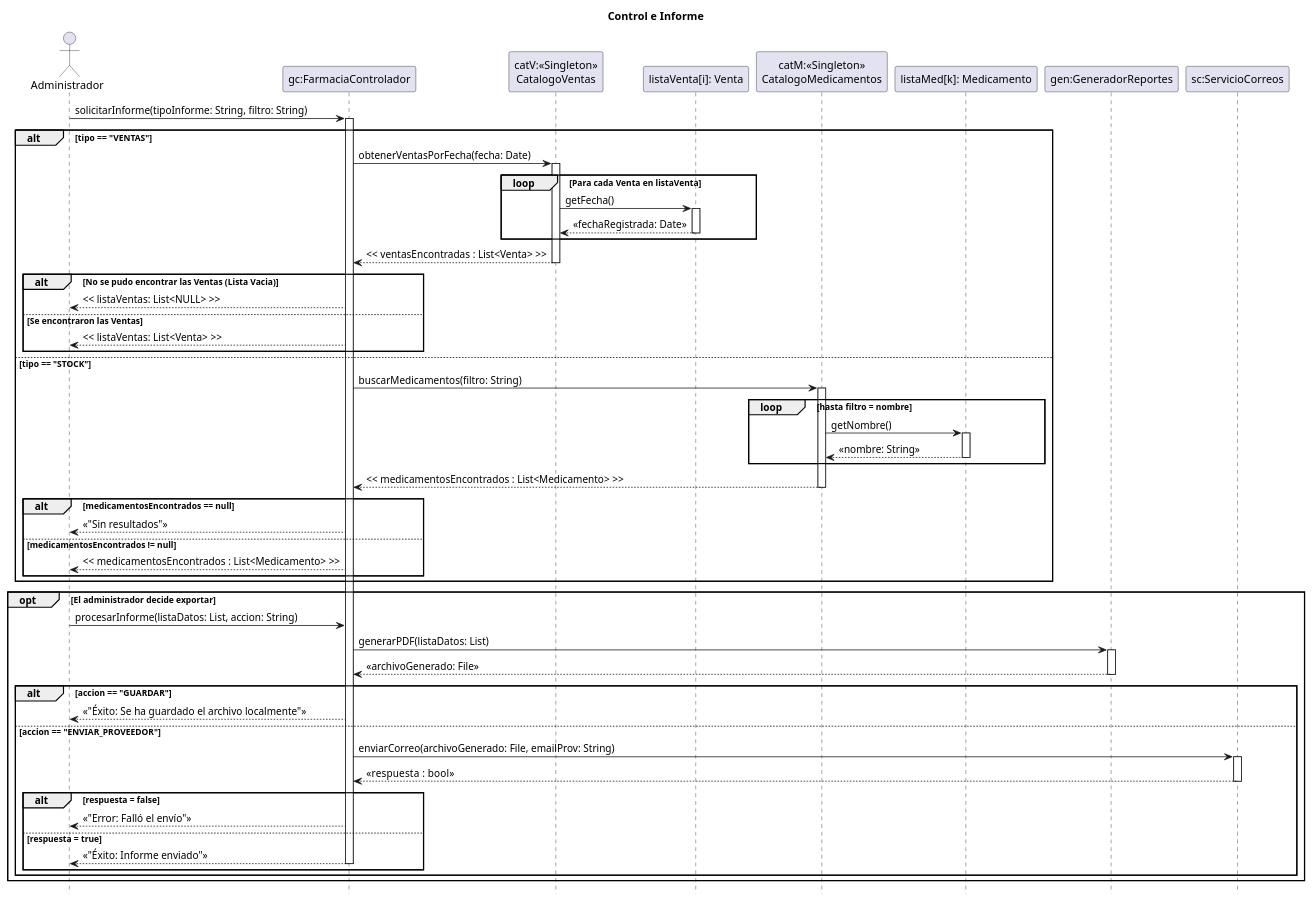
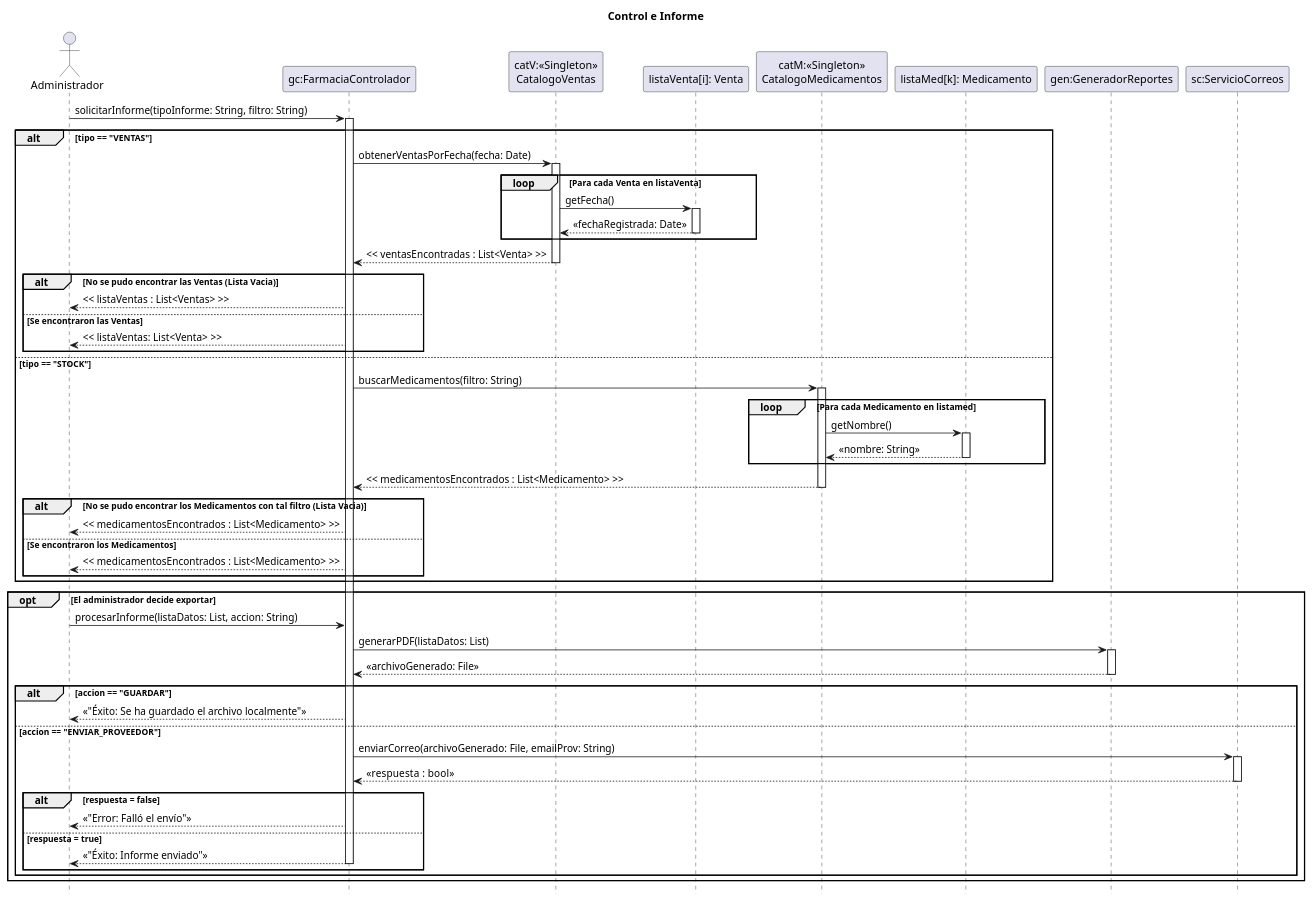
One commit to zEzequR/PF-I changed the diagram in 08 - Diagramas de Secuencia de Diseño/Control e Informe/ControlEinforme.puml. Above: the diagram before and after it, drawn with PlantUML. The commit also changed 1 other file, not shown here.

Commit message:
Diagrama de secuencia- Control e informe

```diff
--- a/08 - Diagramas de Secuencia de Diseño/Control e Informe/ControlEinforme.puml
+++ b/08 - Diagramas de Secuencia de Diseño/Control e Informe/ControlEinforme.puml
@@ -1,84 +1,84 @@
 @startuml
 title Control e Informe
 
 hide footbox
 
 actor "Administrador" as admin
 participant "gc:FarmaciaControlador" as ctrl
 participant "catV:<<Singleton>>\nCatalogoVentas" as cat_ventas
 participant "listaVenta[i]: Venta" as venta 
 participant "catM:<<Singleton>>\nCatalogoMedicamentos" as cat_med
 participant "listaMed[k]: Medicamento" as med
 participant "gen:GeneradorReportes" as gen
 participant "sc:ServicioCorreos" as srv_mail
 
 admin -> ctrl : solicitarInforme(tipoInforme: String, filtro: String)
 activate ctrl
 
 alt tipo == "VENTAS"
     ctrl -> cat_ventas : obtenerVentasPorFecha(fecha: Date)
     activate cat_ventas
     
     loop Para cada Venta en listaVenta
         cat_ventas -> venta : getFecha()
         activate venta
         venta --> cat_ventas : << fechaRegistrada: Date >>
         deactivate venta
     end
     cat_ventas --> ctrl : << ventasEncontradas : List<Venta> >>
     deactivate cat_ventas
     alt No se pudo encontrar las Ventas (Lista Vacia)
-        ctrl --> admin : << listaVentas: List<NULL> >>
+        ctrl --> admin : << listaVentas : List<Ventas> >>
     else Se encontraron las Ventas
         ctrl --> admin : << listaVentas: List<Venta> >>
     end
 
 else tipo == "STOCK"
     ctrl -> cat_med : buscarMedicamentos(filtro: String)
     activate cat_med
     
-    loop hasta filtro = nombre
+    loop Para cada Medicamento en listamed
         cat_med -> med : getNombre()
         activate med
         med --> cat_med : << nombre: String >>
         deactivate med
     end
 
     cat_med --> ctrl : << medicamentosEncontrados : List<Medicamento> >>
     deactivate cat_med
 
-    alt medicamentosEncontrados == null
-        ctrl --> admin : << "Sin resultados" >>
-    else medicamentosEncontrados != null
+    alt No se pudo encontrar los Medicamentos con tal filtro (Lista Vacia)
+        ctrl --> admin : << medicamentosEncontrados : List<Medicamento> >>
+    else Se encontraron los Medicamentos
         ctrl --> admin : << medicamentosEncontrados : List<Medicamento> >>
     end
 end
 
 opt El administrador decide exportar
     admin -> ctrl : procesarInforme(listaDatos: List, accion: String)
 
     ctrl -> gen : generarPDF(listaDatos: List)
     activate gen
     gen --> ctrl : << archivoGenerado: File >>
     deactivate gen
 
     alt accion == "GUARDAR"
         ctrl --> admin : << "Éxito: Se ha guardado el archivo localmente">>
         
     else accion == "ENVIAR_PROVEEDOR"
         ctrl -> srv_mail : enviarCorreo(archivoGenerado: File, emailProv: String)
         activate srv_mail
         srv_mail --> ctrl : << respuesta :  bool >>
         deactivate srv_mail
         
         alt respuesta = false
             ctrl --> admin : << "Error: Falló el envío" >>
         else respuesta = true
             ctrl --> admin : << "Éxito: Informe enviado" >>
             deactivate ctrl
         end
         
     end
 end
 
 @enduml
```
